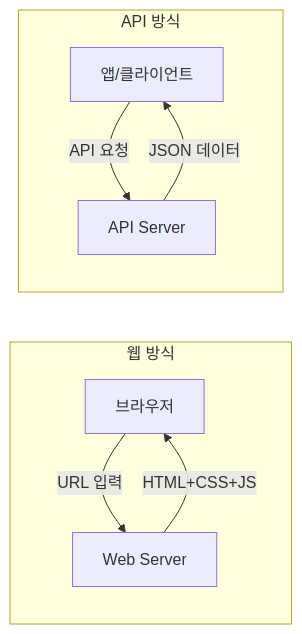
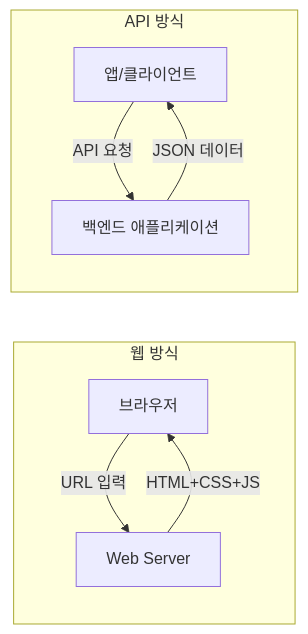
One commit to lmmj1221/senior_mhealth_lecture changed diagram 15 of 52 in docs/backend.md. Above: the diagram before and after it, drawn with Mermaid. The commit also changed other lines of this file, not shown here.

````diff
--- a/docs/backend.md
+++ b/docs/backend.md
@@ -567,12 +736,12 @@
 ```mermaid
 graph LR
     subgraph Web["웹 방식"]
         W1[브라우저] -->|URL 입력| W2[Web Server]
         W2 -->|HTML+CSS+JS| W1
     end
 
     subgraph API["API 방식"]
-        A1[앱/클라이언트] -->|API 요청| A2[API Server]
+        A1[앱/클라이언트] -->|API 요청| A2[백엔드 애플리케이션]
         A2 -->|JSON 데이터| A1
     end
 ```
````
